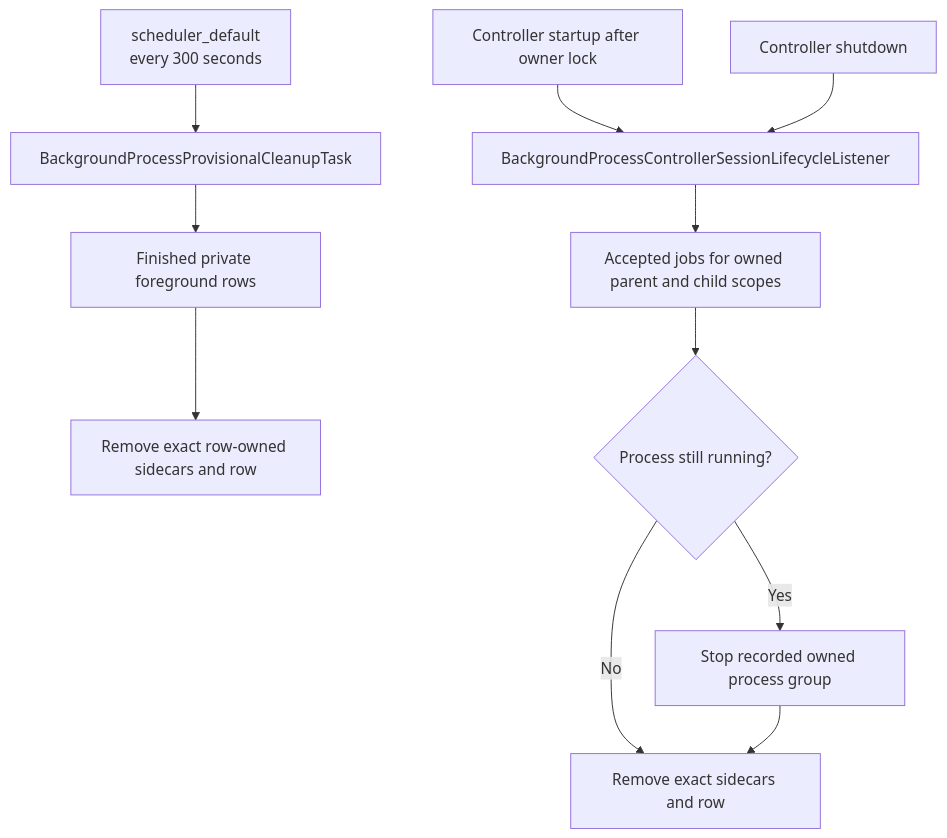
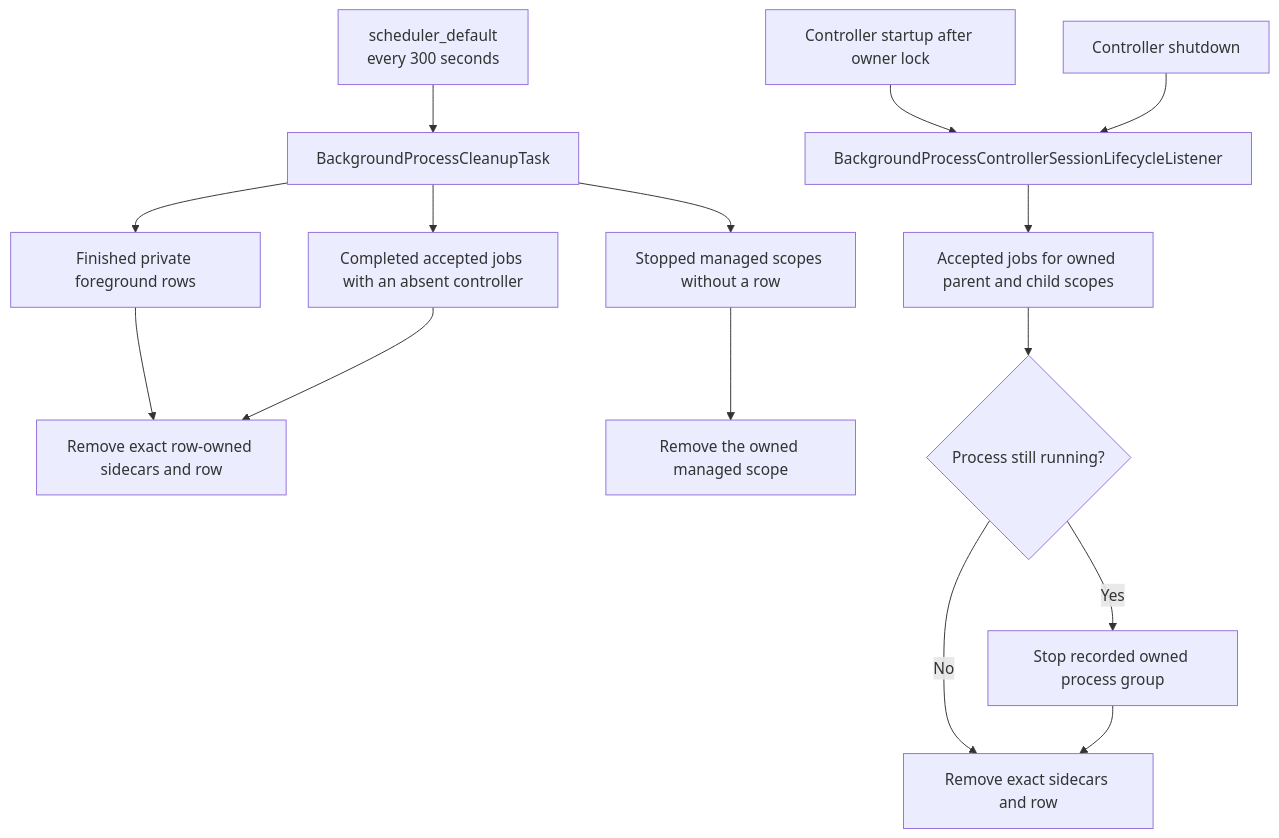
The fourth of 4 diagrams in architecture/backgrounding.md (ineersa/agent-core), drawn with Mermaid before and after one commit. The commit also changed 1 other file, not shown here.

Commit message:
Update background recovery architecture diagrams

````diff
--- a/architecture/backgrounding.md
+++ b/architecture/backgrounding.md
@@ -122,13 +122,17 @@
 ```mermaid
 flowchart TD
-    Scheduler["scheduler_default<br/>every 300 seconds"] --> Provisional[BackgroundProcessProvisionalCleanupTask]
-    Provisional --> Private[Finished private foreground rows]
+    Scheduler["scheduler_default<br/>every 300 seconds"] --> Cleanup[BackgroundProcessCleanupTask]
+    Cleanup --> Private[Finished private foreground rows]
     Private --> DeletePrivate[Remove exact row-owned sidecars and row]
+    Cleanup --> Orphans[Stopped managed scopes without a row]
+    Orphans --> DeleteScope[Remove the owned managed scope]
+    Cleanup --> Abandoned[Completed accepted jobs with an absent controller]
+    Abandoned --> DeletePrivate
     Startup[Controller startup after owner lock] --> Lifecycle[BackgroundProcessControllerSessionLifecycleListener]
     Shutdown[Controller shutdown] --> Lifecycle
     Lifecycle --> Scope[Accepted jobs for owned parent and child scopes]
     Scope --> Running{Process still running?}
     Running -->|Yes| Stop[Stop recorded owned process group]
     Running -->|No| DeleteAccepted[Remove exact sidecars and row]
     Stop --> DeleteAccepted
 ```
````
